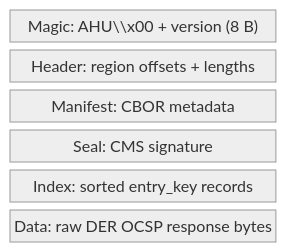
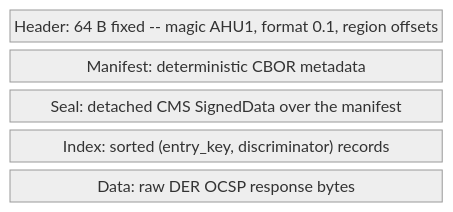
One commit to czinda/hoike-dev changed the first of 3 diagrams in doc/src/architecture/ahu-format.md. Above: the diagram before and after it, drawn with Mermaid (neutral theme). The commit also changed other lines of this file and 32 other files, not shown here.

````diff
--- a/doc/src/architecture/ahu-format.md
+++ b/doc/src/architecture/ahu-format.md
@@ -27,10 +32,9 @@
 ```mermaid
 block-beta
     columns 1
-    magic["Magic: AHU\\x00 + version (8 B)"]
-    header["Header: region offsets + lengths"]
-    manifest["Manifest: CBOR metadata"]
-    seal["Seal: CMS signature"]
-    index["Index: sorted entry_key records"]
+    header["Header: 64 B fixed -- magic AHU1, format 0.1, region offsets"]
+    manifest["Manifest: deterministic CBOR metadata"]
+    seal["Seal: detached CMS SignedData over the manifest"]
+    index["Index: sorted (entry_key, discriminator) records"]
     data["Data: raw DER OCSP response bytes"]
 ```
````
